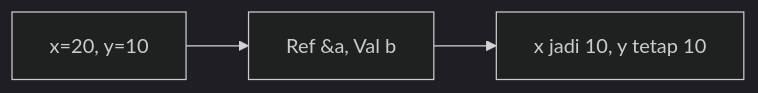
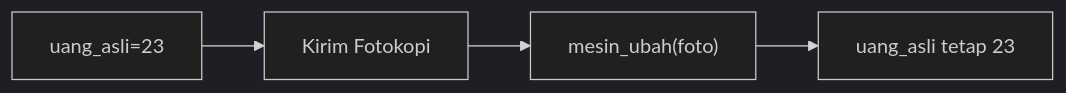
The ninth of 25 diagrams in part-c-pemahaman-cpp/04-fungsi/latihan/set-05.md (amnahwaida/OSNK_INF_PREP), drawn with Mermaid (dark theme) before and after one commit. The commit also changed other lines of this file and 71 other files, not shown here.

````diff
--- a/part-c-pemahaman-cpp/04-fungsi/latihan/set-05.md
+++ b/part-c-pemahaman-cpp/04-fungsi/latihan/set-05.md
@@ -235,5 +245,6 @@
 ```mermaid
 graph LR
-A["x=20, y=10"] --> B["Ref &a, Val b"]
-B --> C["x jadi 10, y tetap 10"]
+A["uang_asli=23"] --> B["Kirim Fotokopi"]
+B --> C["mesin_ubah(foto)"]
+C --> D["uang_asli tetap 23"]
 ```
````
